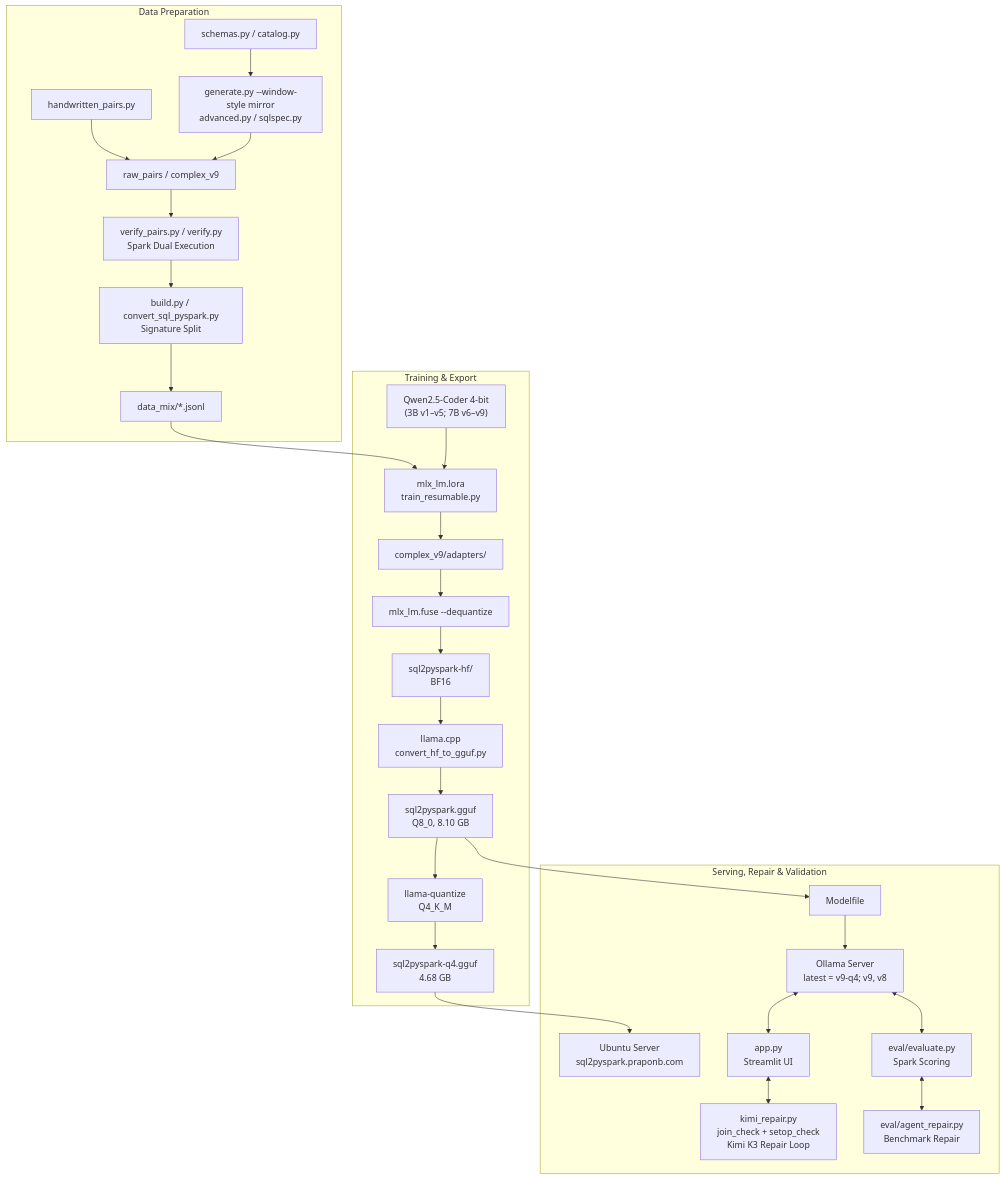
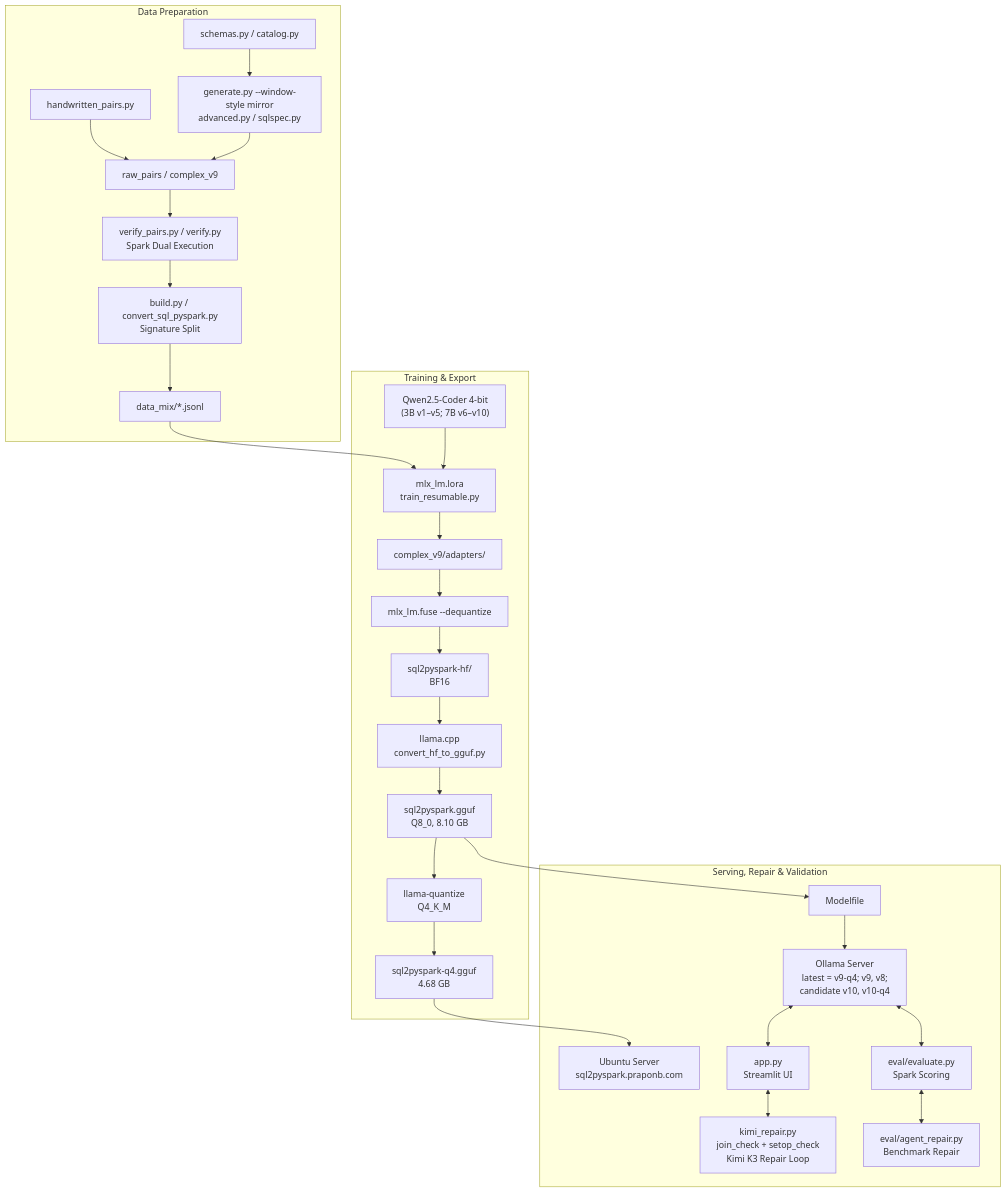
One commit to praponb/Finetuning-LLM changed the diagram in PROJECT_DOCUMENTATION.md. Above: the diagram before and after it, drawn with Mermaid. The commit also changed other lines of this file and 23 other files, not shown here.

````diff
--- a/PROJECT_DOCUMENTATION.md
+++ b/PROJECT_DOCUMENTATION.md
@@ -44,33 +46,33 @@
 ```mermaid
 flowchart TD
     subgraph DataPrep [Data Preparation]
         Schemas[schemas.py / catalog.py] --> Gen[generate.py --window-style mirror<br/>advanced.py / sqlspec.py]
         HW[handwritten_pairs.py] --> Raw
         Gen --> Raw[raw_pairs / complex_v9]
         Raw --> SparkCheck[verify_pairs.py / verify.py<br/>Spark Dual Execution]
         SparkCheck --> Split[build.py / convert_sql_pyspark.py<br/>Signature Split]
         Split --> JSONL[data_mix/*.jsonl]
     end
 
     subgraph TrainPhase [Training & Export]
         JSONL --> MLX[mlx_lm.lora<br/>train_resumable.py]
-        BaseModel["Qwen2.5-Coder 4-bit<br/>(3B v1–v5; 7B v6–v9)"] --> MLX
+        BaseModel["Qwen2.5-Coder 4-bit<br/>(3B v1–v5; 7B v6–v10)"] --> MLX
         MLX --> Adapters[complex_v9/adapters/]
         Adapters --> Fuse[mlx_lm.fuse --dequantize]
         Fuse --> HF[sql2pyspark-hf/<br/>BF16]
         HF --> Llama[llama.cpp<br/>convert_hf_to_gguf.py]
         Llama --> GGUF[sql2pyspark.gguf<br/>Q8_0, 8.10 GB]
         GGUF --> Quant[llama-quantize<br/>Q4_K_M]
         Quant --> Q4GGUF[sql2pyspark-q4.gguf<br/>4.68 GB]
     end
 
     subgraph ServeEval [Serving, Repair & Validation]
         GGUF --> Modelfile[Modelfile]
-        Modelfile --> Ollama[Ollama Server<br/>latest = v9-q4; v9, v8]
+        Modelfile --> Ollama[Ollama Server<br/>latest = v9-q4; v9, v8;<br/>candidate v10, v10-q4]
         Q4GGUF --> OllamaServer[Ubuntu Server<br/>sql2pyspark.praponb.com]
         Ollama <--> Streamlit[app.py<br/>Streamlit UI]
         Streamlit <--> Kimi[kimi_repair.py<br/>join_check + setop_check<br/>Kimi K3 Repair Loop]
         Ollama <--> Eval[eval/evaluate.py<br/>Spark Scoring]
         Eval <--> AgentRepair[eval/agent_repair.py<br/>Benchmark Repair]
     end
 ```
````
